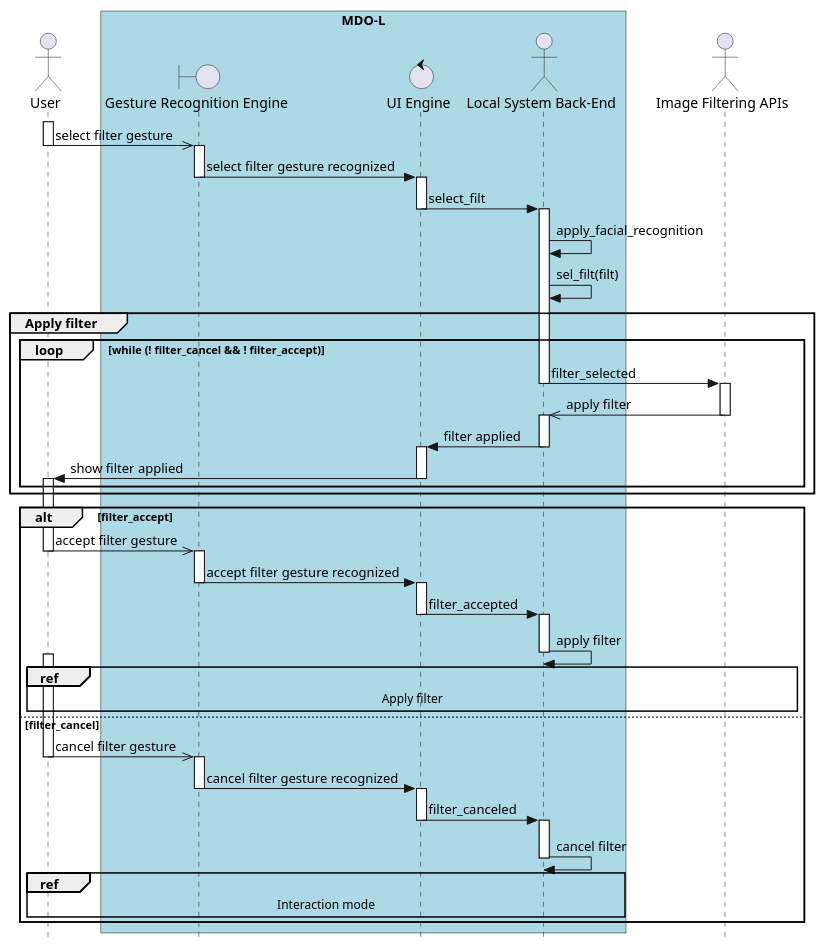
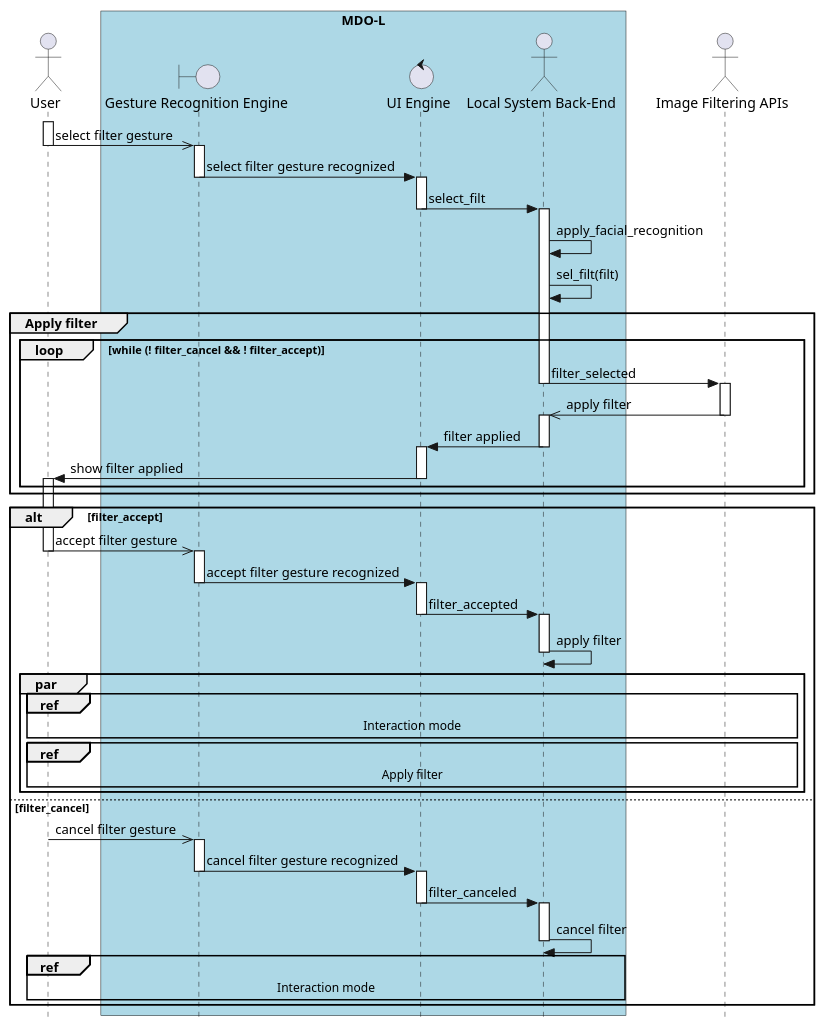
Diagram 19 of 21 in Proj/readme.org (ElectroQuanta/MDO), drawn with PlantUML before and after one commit. The commit also changed 5 other files, not shown here.

```diff
--- a/Proj/readme.org
+++ b/Proj/readme.org
@@ -916,7 +916,10 @@
     activate LS
     LS -> LS: apply filter
     deactivate LS
+    par
+    ref over User, IFA: Interaction mode
     ref over User, IFA: Apply filter
+    end
 else filter_cancel
     activate User
     User ->> GRE: cancel filter gesture
```
